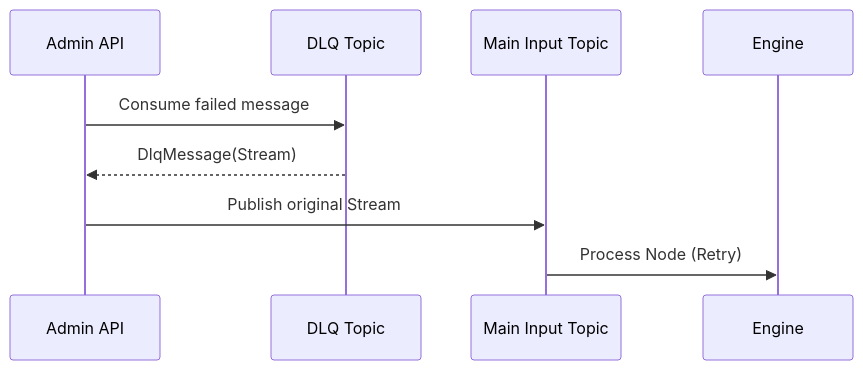
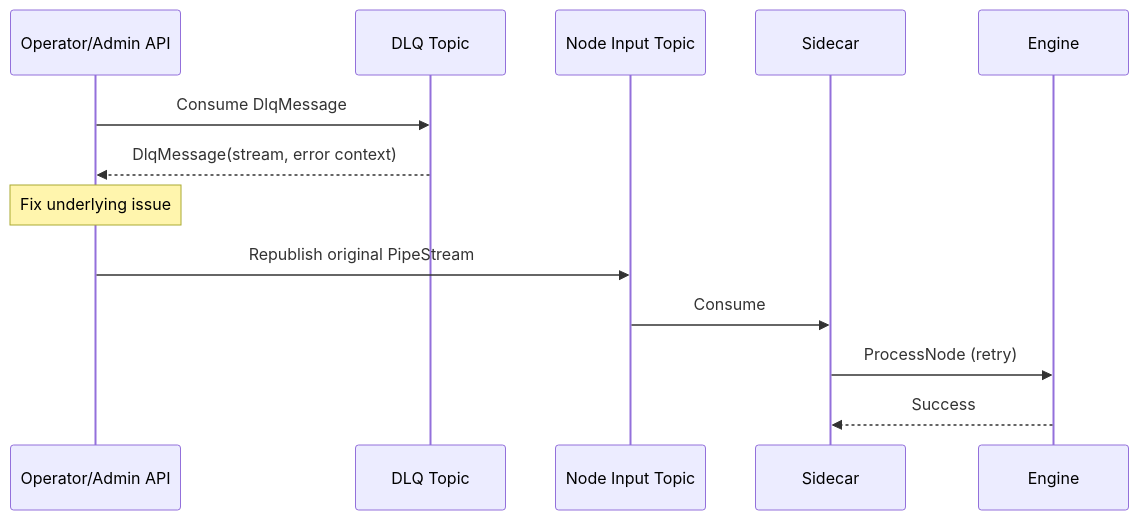
One commit to ai-pipestream/pipestream-engine changed the second of 2 diagrams in docs/architecture/10-dlq-handling.md. Above: the diagram before and after it, drawn with Mermaid. The commit also changed other lines of this file, not shown here.

Commit message:
docs: Fix DLQ handling - Sidecar owns DLQ publish, Engine stays pure gRPC

````diff
--- a/docs/architecture/10-dlq-handling.md
+++ b/docs/architecture/10-dlq-handling.md
@@ -94,12 +231,16 @@
 ```mermaid
 sequenceDiagram
-    participant A as Admin API
+    participant Op as Operator/Admin API
     participant D as DLQ Topic
-    participant I as Main Input Topic
+    participant N as Node Input Topic
+    participant S as Sidecar
     participant E as Engine
     
-    A->>D: Consume failed message
-    D-->>A: DlqMessage(Stream)
-    A->>I: Publish original Stream
-    I->>E: Process Node (Retry)
+    Op->>D: Consume DlqMessage
+    D-->>Op: DlqMessage(stream, error context)
+    Note over Op: Fix underlying issue
+    Op->>N: Republish original PipeStream
+    N->>S: Consume
+    S->>E: ProcessNode (retry)
+    E-->>S: Success
 ```
````
